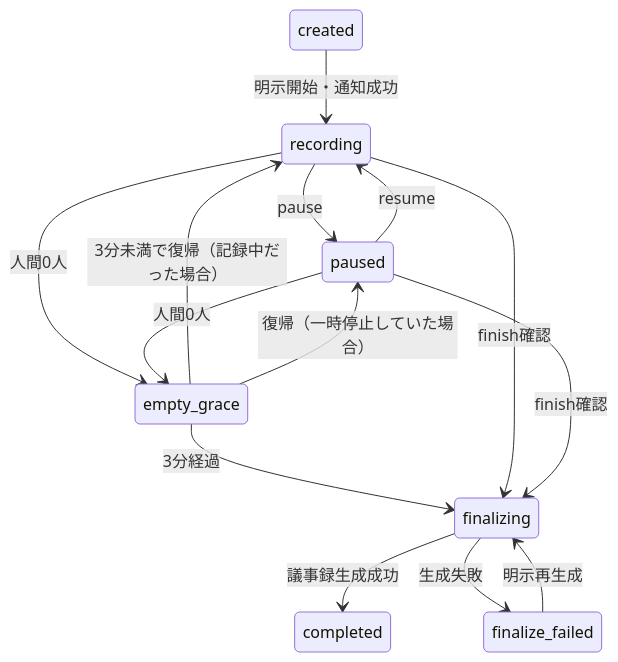
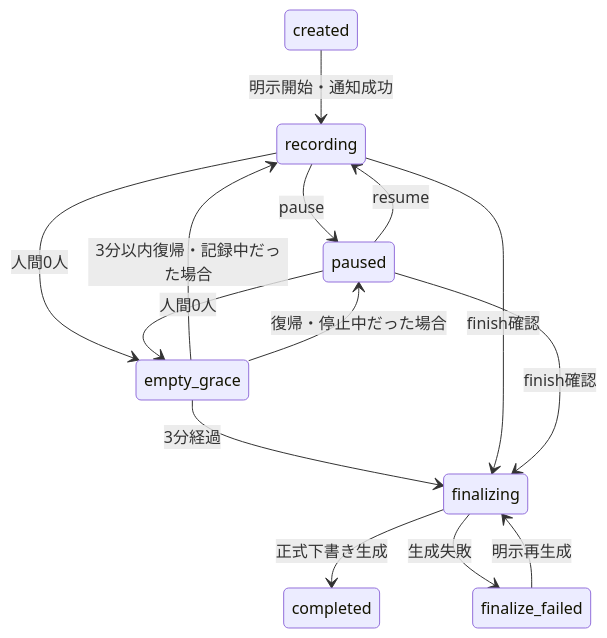
One commit to 5montest/waigaya-facilitator changed the diagram in discord-spec.md. Above: the diagram before and after it, drawn with Mermaid. The commit also changed other lines of this file and 6 other files, not shown here.

Commit message:
Document forum review flow, migration gates and measured validation

````diff
--- a/discord-spec.md
+++ b/discord-spec.md
@@ -44,16 +45,16 @@
 ```mermaid
 stateDiagram-v2
   created --> recording: 明示開始・通知成功
   recording --> paused: pause
   paused --> recording: resume
   recording --> empty_grace: 人間0人
   paused --> empty_grace: 人間0人
-  empty_grace --> recording: 3分未満で復帰（記録中だった場合）
-  empty_grace --> paused: 復帰（一時停止していた場合）
+  empty_grace --> recording: 3分以内復帰・記録中だった場合
+  empty_grace --> paused: 復帰・停止中だった場合
   empty_grace --> finalizing: 3分経過
   recording --> finalizing: finish確認
   paused --> finalizing: finish確認
-  finalizing --> completed: 議事録生成成功
+  finalizing --> completed: 正式下書き生成
   finalizing --> finalize_failed: 生成失敗
   finalize_failed --> finalizing: 明示再生成
 ```
````
